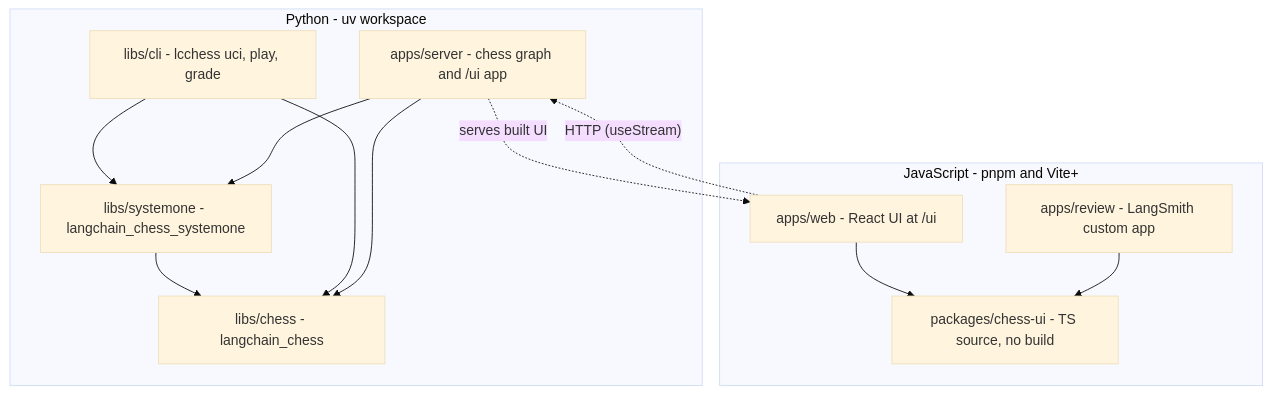
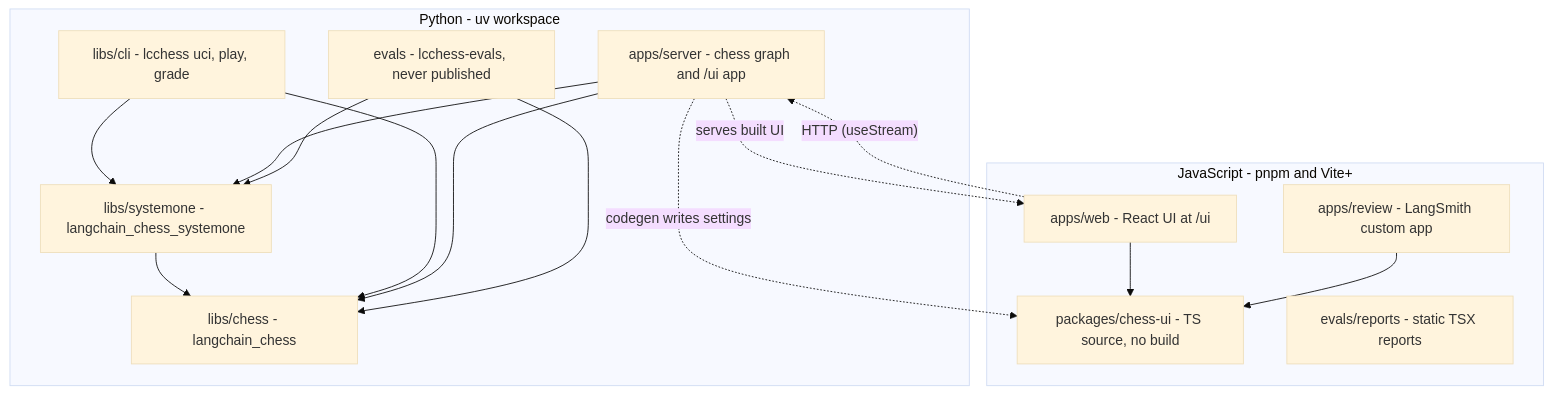
The diagram in openwiki/quickstart.md (darieldatoon/langchain-chess), drawn with Mermaid (base theme) before and after one commit. The commit also changed other lines of this file and 48 other files, not shown here.

````diff
--- a/openwiki/quickstart.md
+++ b/openwiki/quickstart.md
@@ -55,23 +69,28 @@
 ```mermaid
 flowchart TD
     subgraph Python["Python - uv workspace"]
         chess["libs/chess - langchain_chess"]
         s1["libs/systemone - langchain_chess_systemone"]
         cli["libs/cli - lcchess uci, play, grade"]
         server["apps/server - chess graph and /ui app"]
+        evals["evals - lcchess-evals, never published"]
     end
     subgraph JS["JavaScript - pnpm and Vite+"]
         ui["packages/chess-ui - TS source, no build"]
         web["apps/web - React UI at /ui"]
         review["apps/review - LangSmith custom app"]
+        reports["evals/reports - static TSX reports"]
     end
     s1 --> chess
     cli --> chess
     cli --> s1
     server --> chess
     server --> s1
+    evals --> chess
+    evals --> s1
     web --> ui
     review --> ui
     web -. "HTTP (useStream)" .-> server
     server -. "serves built UI" .-> web
+    server -. "codegen writes settings" .-> ui
 ```
````
